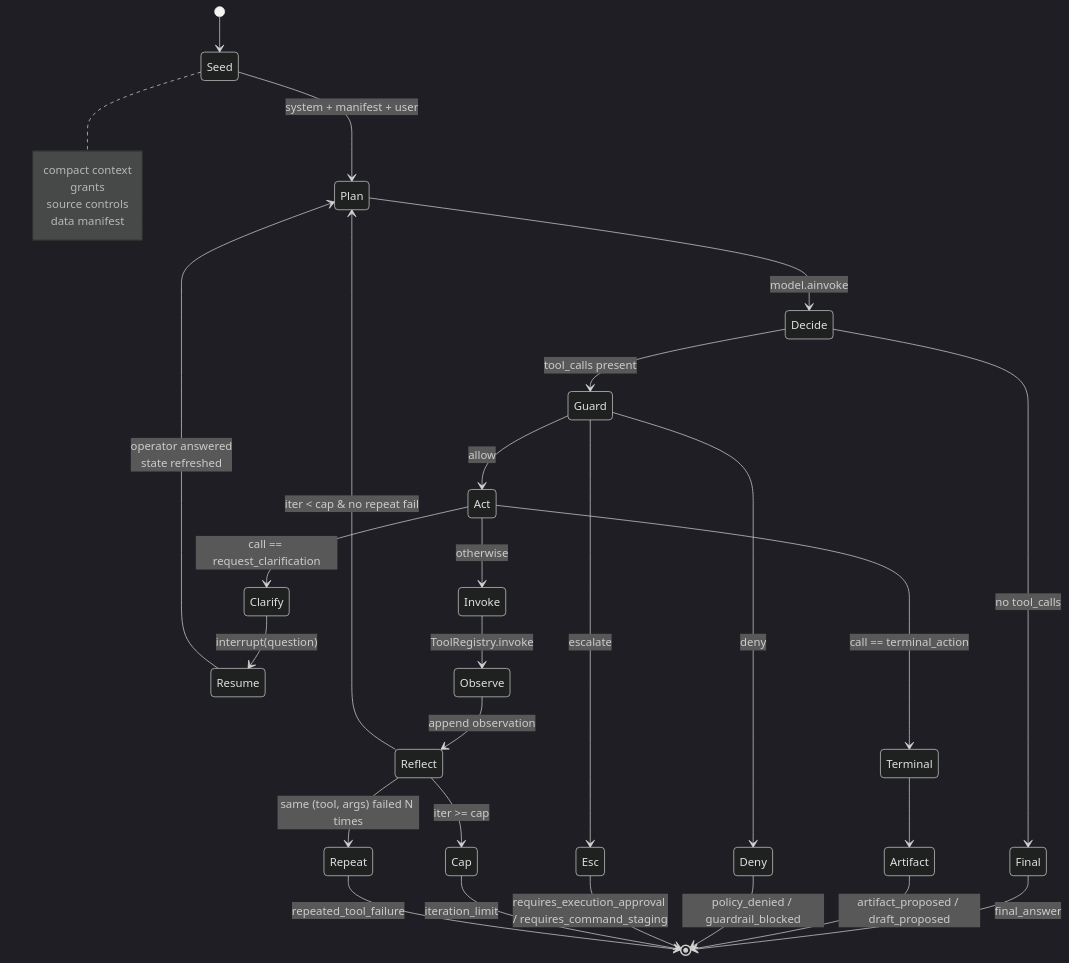
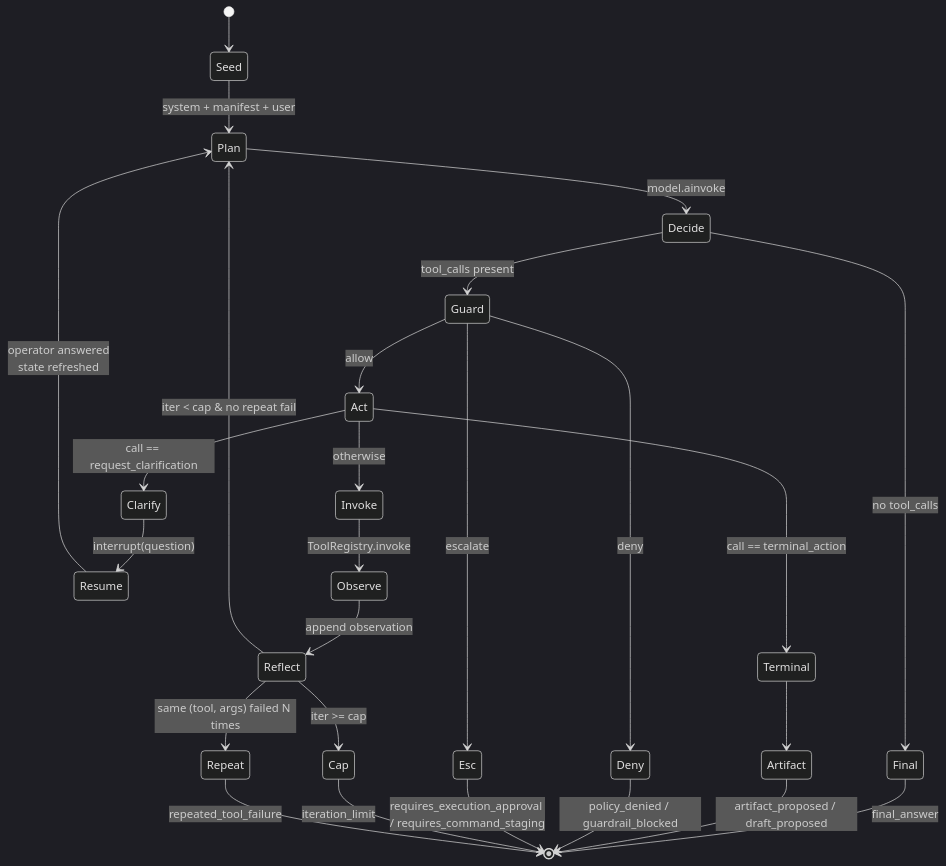
One commit to vardan6/uxv-agent changed the third of 8 diagrams in docs/components/ai-agent/internals/graph-spec.md. Above: the diagram before and after it, drawn with Mermaid (dark theme). The commit also changed other lines of this file and 34 other files, not shown here.

````diff
--- a/docs/components/ai-agent/internals/graph-spec.md
+++ b/docs/components/ai-agent/internals/graph-spec.md
@@ -296,42 +132,35 @@
 ```mermaid
 stateDiagram-v2
     [*] --> Seed
 
     Seed --> Plan: system + manifest + user
-    note right of Seed
-      compact context
-      grants
-      source controls
-      data manifest
-    end note
-
     Plan --> Decide: model.ainvoke
     Decide --> Final: no tool_calls
     Decide --> Guard: tool_calls present
 
     Guard --> Act: allow
     Guard --> Deny: deny
     Guard --> Esc: escalate
 
     Act --> Terminal: call == terminal_action
     Act --> Clarify: call == request_clarification
     Act --> Invoke: otherwise
 
     Clarify --> Resume: interrupt(question)
     Resume --> Plan: operator answered<br/>state refreshed
 
     Invoke --> Observe: ToolRegistry.invoke
     Observe --> Reflect: append observation
     Reflect --> Plan: iter < cap & no repeat fail
     Reflect --> Cap: iter >= cap
     Reflect --> Repeat: same (tool, args) failed N times
 
     Terminal --> Artifact
 
     Final --> [*]: final_answer
     Artifact --> [*]: artifact_proposed / draft_proposed
     Deny --> [*]: policy_denied / guardrail_blocked
     Esc --> [*]: requires_execution_approval / requires_command_staging
     Cap --> [*]: iteration_limit
     Repeat --> [*]: repeated_tool_failure
 ```
````
